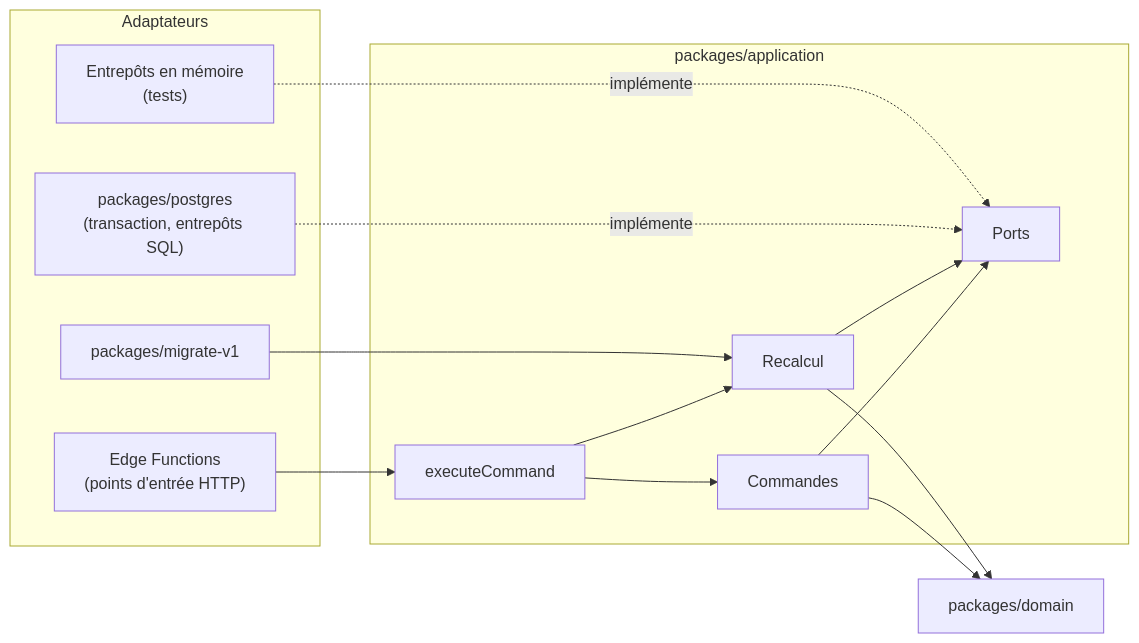
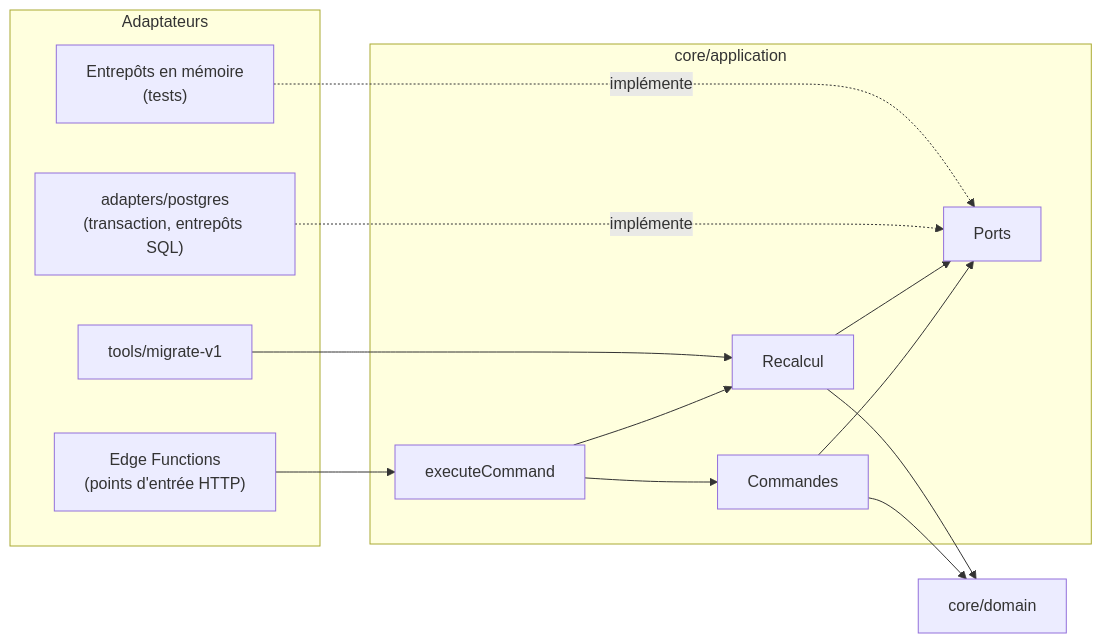
The diagram in docs/adr/0023-ecritures-en-trois-couches.md (Charkx/Arrakard), drawn with Mermaid before and after one commit. The commit also changed other lines of this file and 123 other files, not shown here.

Commit message:
chore: ranger les paquets par couche, core, adapters, tools (ADR 0025)

````diff
--- a/docs/adr/0023-ecritures-en-trois-couches.md
+++ b/docs/adr/0023-ecritures-en-trois-couches.md
@@ -33,26 +33,26 @@
 ```mermaid
 flowchart LR
   subgraph adapters["Adaptateurs"]
     fn["Edge Functions<br/>(points d'entrée HTTP)"]
-    pg["packages/postgres<br/>(transaction, entrepôts SQL)"]
+    pg["adapters/postgres<br/>(transaction, entrepôts SQL)"]
     mem["Entrepôts en mémoire<br/>(tests)"]
-    mig["packages/migrate-v1"]
+    mig["tools/migrate-v1"]
   end
-  subgraph application["packages/application"]
+  subgraph application["core/application"]
     exec["executeCommand"]
     cmd["Commandes"]
     rec["Recalcul"]
     ports["Ports"]
   end
-  domain["packages/domain"]
+  domain["core/domain"]
   fn --> exec
   exec --> cmd
   exec --> rec
   mig --> rec
   cmd --> ports
   rec --> ports
   cmd --> domain
   rec --> domain
   pg -. implémente .-> ports
   mem -. implémente .-> ports
 ```
````
